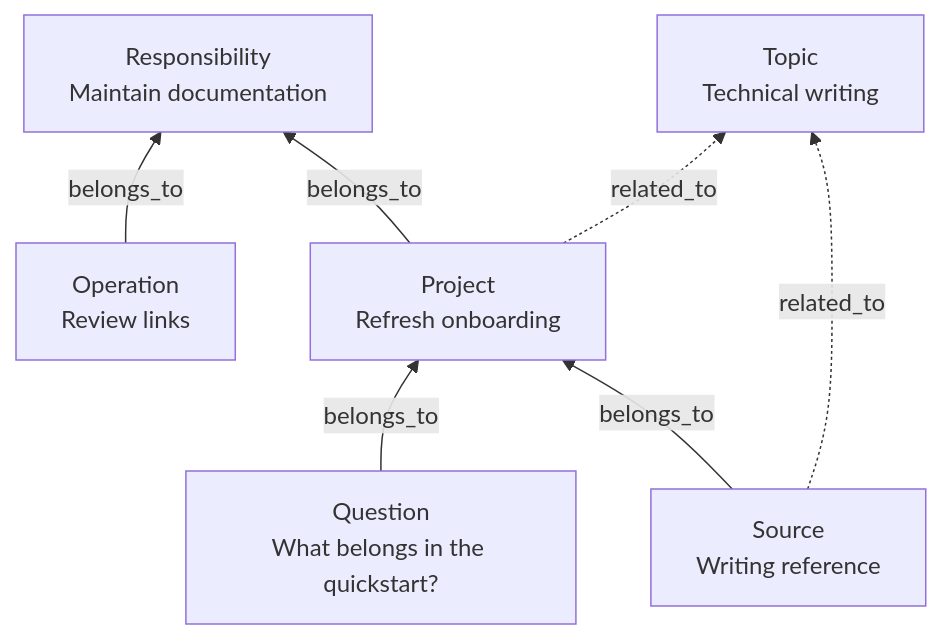
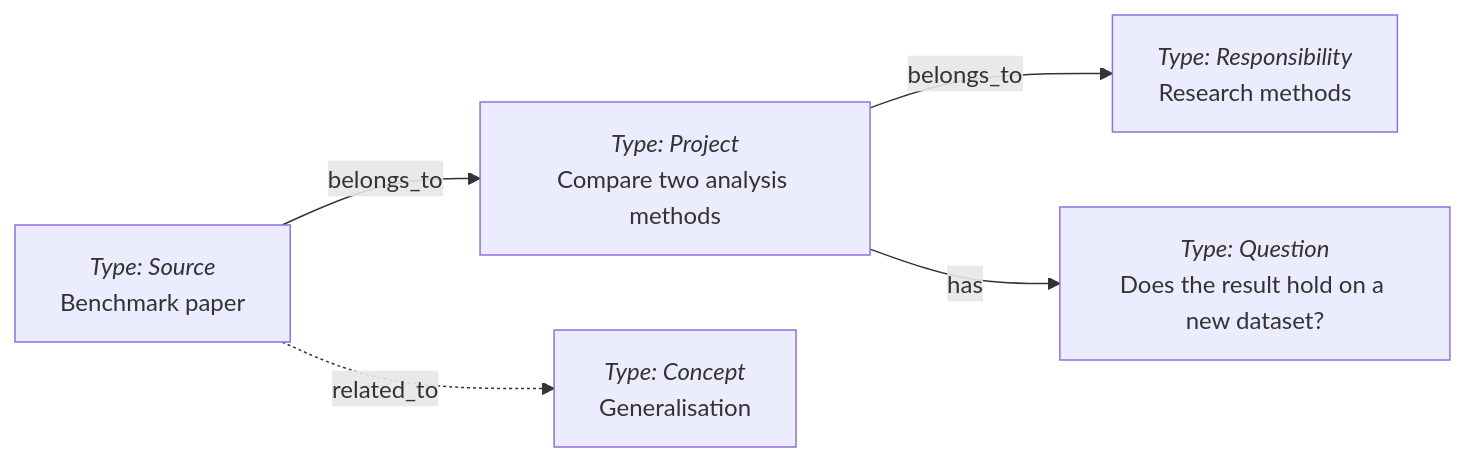
The first of 3 diagrams in README.md (mfoll/second-brain-template), drawn with Mermaid before and after one commit. The commit also changed other lines of this file and 1 other file, not shown here.

Commit message:
Clarify Second Brain overview and add architecture illustration

````diff
--- a/README.md
+++ b/README.md
@@ -145,17 +34,19 @@
 ```mermaid
-flowchart BT
-    accTitle: Example note relationships
-    accDescr: A Project and an Operation belong to a Responsibility. A Source and a Question belong to the Project. The Source and Project also relate to a Topic.
-    responsibility["Responsibility<br/>Maintain documentation"]
-    project_note["Project<br/>Refresh onboarding"]
-    operation["Operation<br/>Review links"]
-    source_note["Source<br/>Writing reference"]
-    question_note["Question<br/>What belongs in the quickstart?"]
-    topic_note["Topic<br/>Technical writing"]
+flowchart LR
+    accTitle: A small Second Brain graph
+    accDescr: A benchmark paper Source belongs to a Project comparing two analysis methods. The Project belongs to the Research methods Responsibility and has a Question about performance on a new dataset. The Source relates to the Concept of generalisation.
+    responsibility["`*Type: Responsibility*
+Research methods`"]
+    project_note["`*Type: Project*
+Compare two analysis methods`"]
+    source_note["`*Type: Source*
+Benchmark paper`"]
+    question_note["`*Type: Question*
+Does the result hold on a new dataset?`"]
+    concept_note["`*Type: Concept*
+Generalisation`"]
     project_note -->|belongs_to| responsibility
-    operation -->|belongs_to| responsibility
     source_note -->|belongs_to| project_note
-    question_note -->|belongs_to| project_note
-    source_note -. related_to .-> topic_note
-    project_note -. related_to .-> topic_note
+    project_note -->|has| question_note
+    source_note -. related_to .-> concept_note
 ```
````
